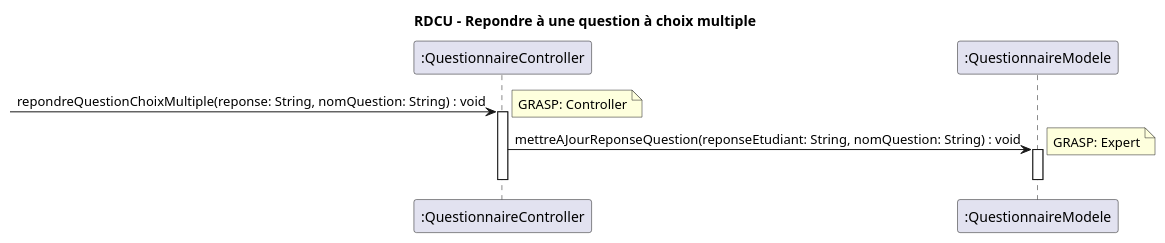
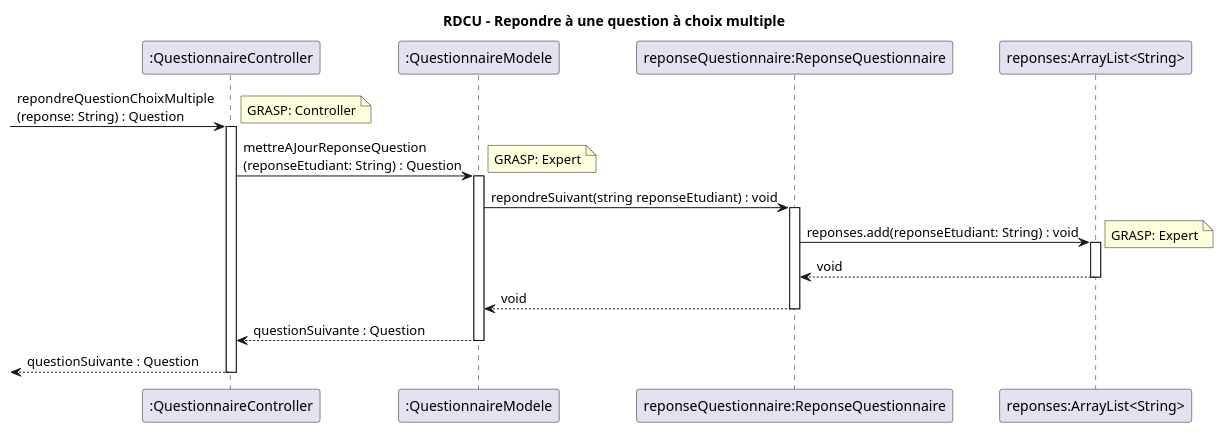
The diagram in docs/modeles/cu08/rdcu-repondre-question-choix-multiple.puml (xMrYahya/moodle-clone), drawn with PlantUML before and after one commit. The commit also changed 4 other files, not shown here.

Commit message:
Modification pour ajouter l'objet reponseQuestionnaire

```diff
--- a/docs/modeles/cu08/rdcu-repondre-question-choix-multiple.puml
+++ b/docs/modeles/cu08/rdcu-repondre-question-choix-multiple.puml
@@ -1,16 +1,31 @@
 @startuml
 
 title RDCU - Repondre à une question à choix multiple
 
 participant ":QuestionnaireController" as c
 participant ":QuestionnaireModele" as m
+participant "reponseQuestionnaire:ReponseQuestionnaire" as reponseQuestionnaire
+participant "reponses:ArrayList<String>" as reponses
 
--> c ++: repondreQuestionChoixMultiple(reponse: String, nomQuestion: String) : void
+-> c ++: repondreQuestionChoixMultiple\n(reponse: String) : Question
 note right: GRASP: Controller
-c -> m ++: mettreAJourReponseQuestion(reponseEtudiant: String, nomQuestion: String) : void
+c -> m ++: mettreAJourReponseQuestion\n(reponseEtudiant: String) : Question
 note right: GRASP: Expert
-deactivate m
+
+m -> reponseQuestionnaire ++: repondreSuivant(string reponseEtudiant) : void
+
+reponseQuestionnaire -> reponses ++: reponses.add(reponseEtudiant: String) : void
+note right: GRASP: Expert
+
+reponses --> reponseQuestionnaire --: void
+
+reponseQuestionnaire --> m --: void
+
+m --> c --: questionSuivante : Question
+
+<-- c : questionSuivante : Question
+
 
 deactivate c
 
 @enduml
```
